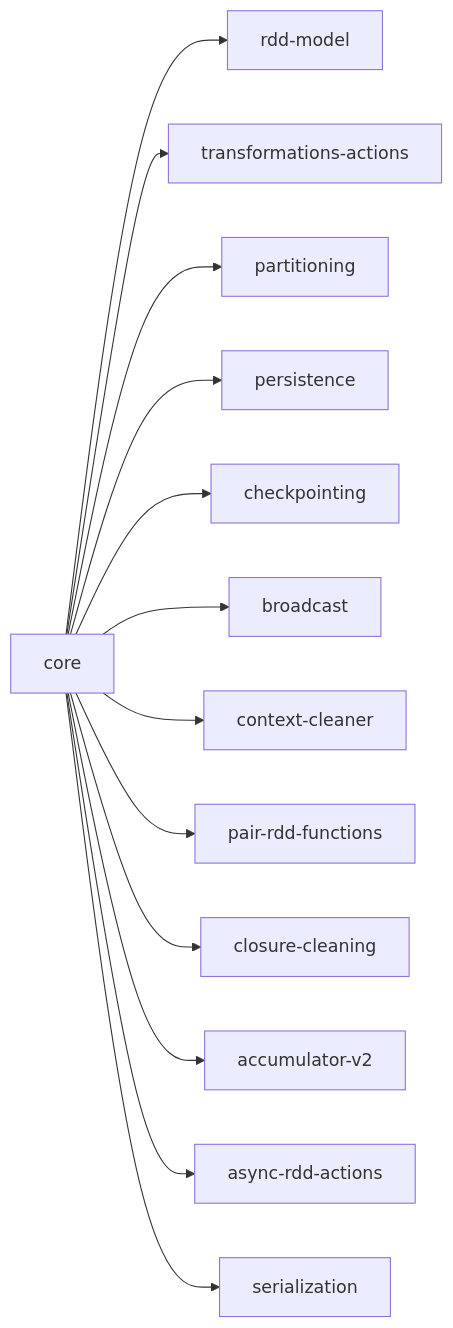
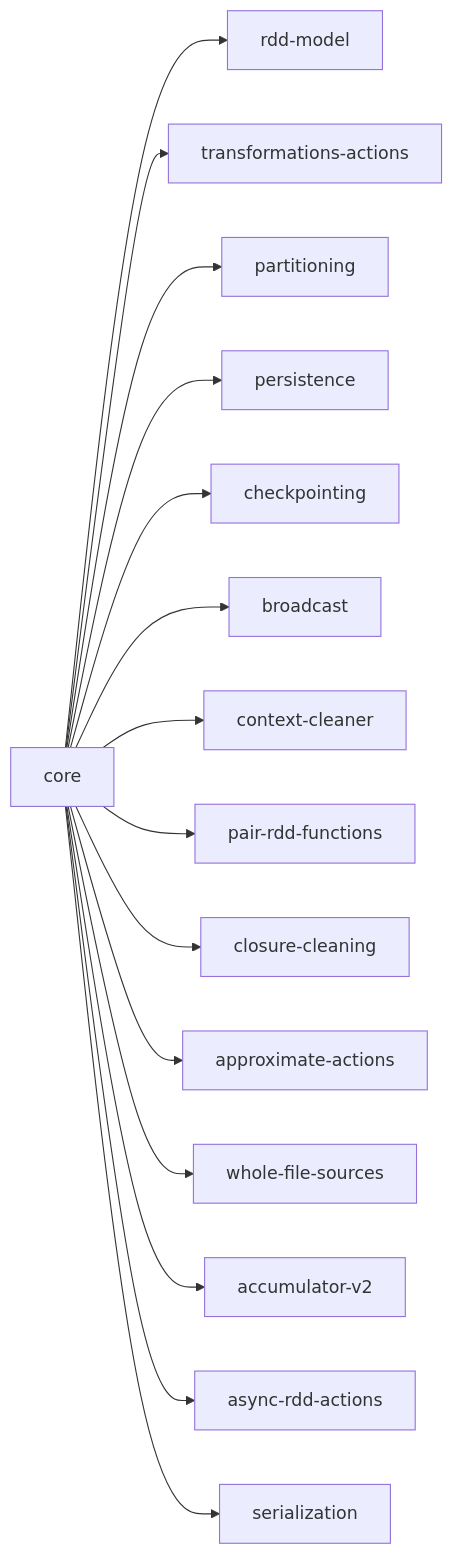
The diagram in docs/reference/spark-source-map/index.md (arindamchoudhury/spark-gyan), drawn with Mermaid before and after one commit. The commit also changed other lines of this file and 2 other files, not shown here.

First paragraph of the commit message:
sweep(core): re-sweep rdd-layer at 4.2.0; add partial/ and input/
Refreshes the 2026-06-06 sweep, which was recorded against 4.1.2, and covers
the two packages added to this group's scope earlier today.

````diff
--- a/docs/reference/spark-source-map/index.md
+++ b/docs/reference/spark-source-map/index.md
@@ -63,16 +65,18 @@
 ```mermaid
 flowchart LR
     S0["core"]
     S0 --> S0c0["rdd-model"]
     S0 --> S0c1["transformations-actions"]
     S0 --> S0c2["partitioning"]
     S0 --> S0c3["persistence"]
     S0 --> S0c4["checkpointing"]
     S0 --> S0c5["broadcast"]
     S0 --> S0c6["context-cleaner"]
     S0 --> S0c7["pair-rdd-functions"]
     S0 --> S0c8["closure-cleaning"]
-    S0 --> S0c9["accumulator-v2"]
-    S0 --> S0c10["async-rdd-actions"]
-    S0 --> S0c11["serialization"]
+    S0 --> S0c9["approximate-actions"]
+    S0 --> S0c10["whole-file-sources"]
+    S0 --> S0c11["accumulator-v2"]
+    S0 --> S0c12["async-rdd-actions"]
+    S0 --> S0c13["serialization"]
 ```
````
